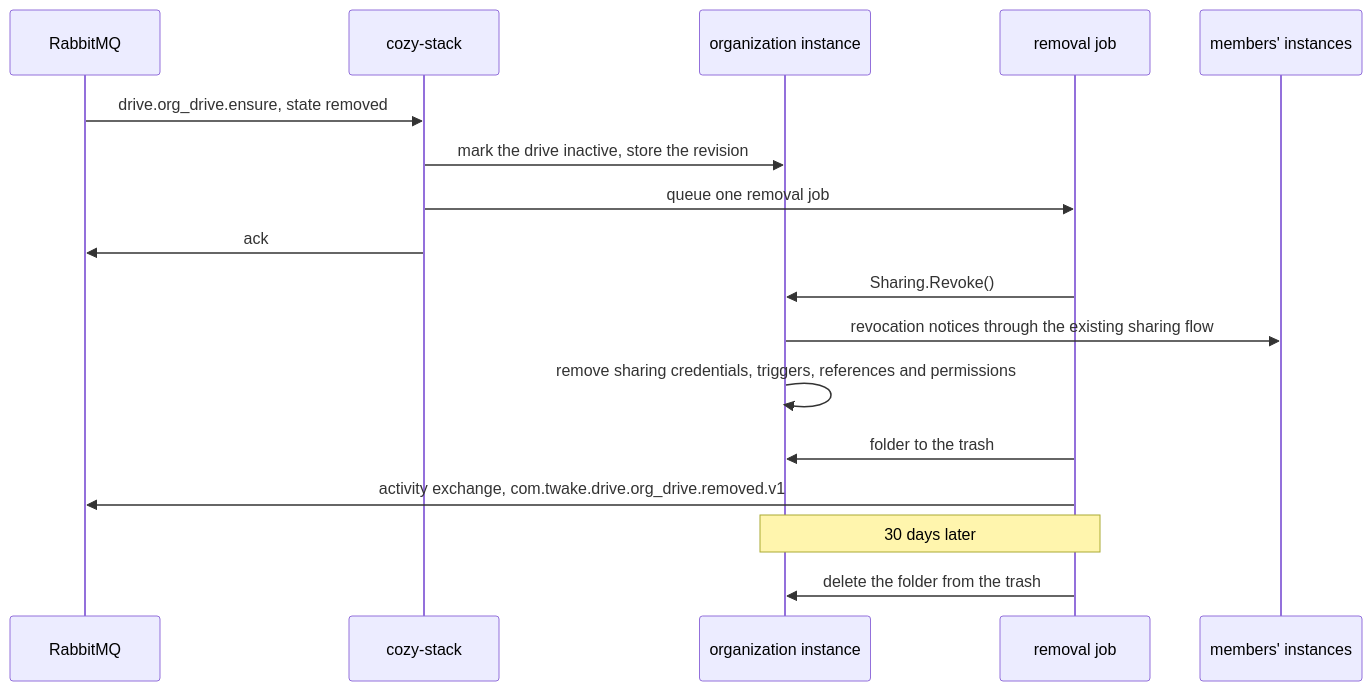
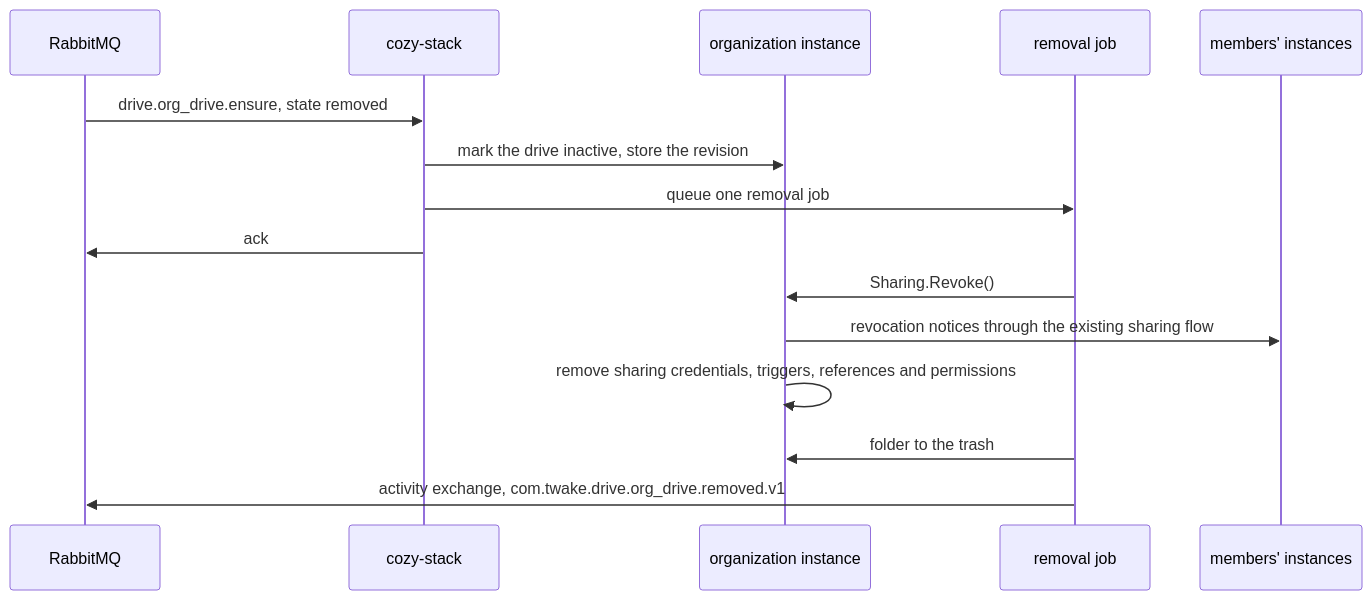
One commit to cozy/cozy-stack changed the third of 3 diagrams in docs/adr/009-adr-org-drive-provisioning.md. Above: the diagram before and after it, drawn with Mermaid. The commit also changed other lines of this file and 5 other files, not shown here.

````diff
--- a/docs/adr/009-adr-org-drive-provisioning.md
+++ b/docs/adr/009-adr-org-drive-provisioning.md
@@ -119,19 +119,17 @@
 ```mermaid
 sequenceDiagram
   participant R as RabbitMQ
   participant S as cozy-stack
   participant O as organization instance
   participant J as removal job
   participant M as members' instances
   R->>S: drive.org_drive.ensure, state removed
   S->>O: mark the drive inactive, store the revision
   S->>J: queue one removal job
   S->>R: ack
   J->>O: Sharing.Revoke()
   O->>M: revocation notices through the existing sharing flow
   O->>O: remove sharing credentials, triggers, references and permissions
   J->>O: folder to the trash
   J->>R: activity exchange, com.twake.drive.org_drive.removed.v1
-  Note over J,O: 30 days later
-  J->>O: delete the folder from the trash
 ```
````
